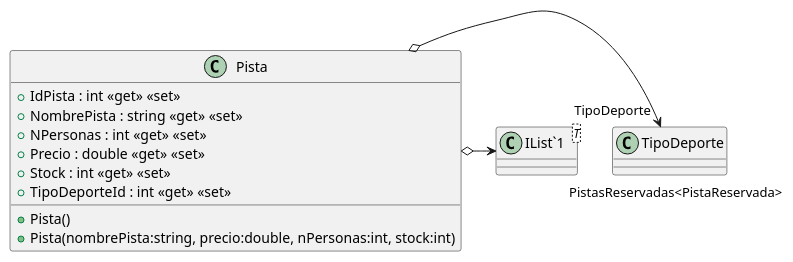
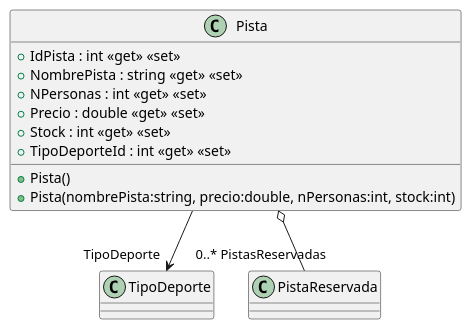
One commit to ISII2627IsmaelandCompany/-ISII2627IsmaelandCompany changed the diagram in src/AppForSEII.API/ClassDiagram/Pista.puml. Above: the diagram before and after it, drawn with PlantUML. The commit also changed 8 other files, not shown here.

```diff
--- a/src/AppForSEII.API/ClassDiagram/Pista.puml
+++ b/src/AppForSEII.API/ClassDiagram/Pista.puml
@@ -1,16 +1,16 @@
 @startuml
+
 class Pista {
     + IdPista : int <<get>> <<set>>
     + NombrePista : string <<get>> <<set>>
     + NPersonas : int <<get>> <<set>>
     + Precio : double <<get>> <<set>>
     + Stock : int <<get>> <<set>>
     + TipoDeporteId : int <<get>> <<set>>
     + Pista()
     + Pista(nombrePista:string, precio:double, nPersonas:int, stock:int)
 }
-class "IList`1"<T> {
-}
-Pista o-> "TipoDeporte" TipoDeporte
-Pista o-> "PistasReservadas<PistaReservada>" "IList`1"
+Pista --> "TipoDeporte" TipoDeporte
+Pista o-- "0..* PistasReservadas" PistaReservada
+
 @enduml
```
